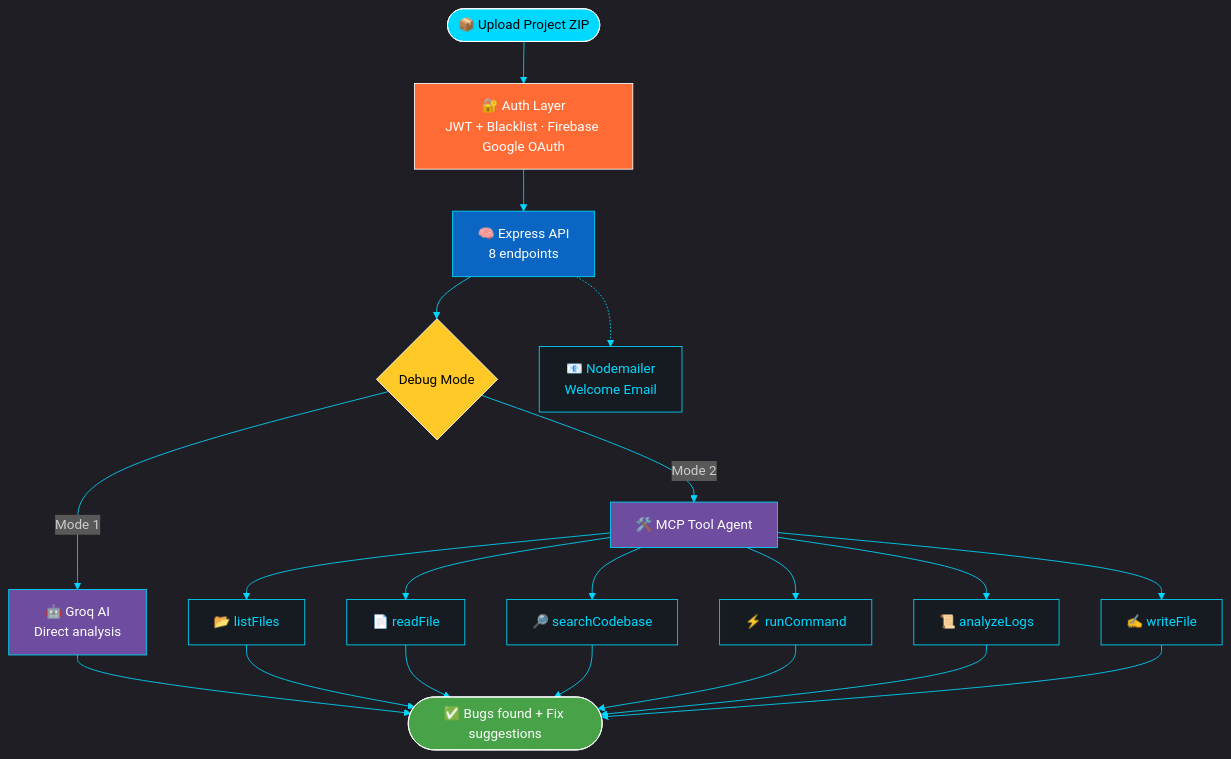
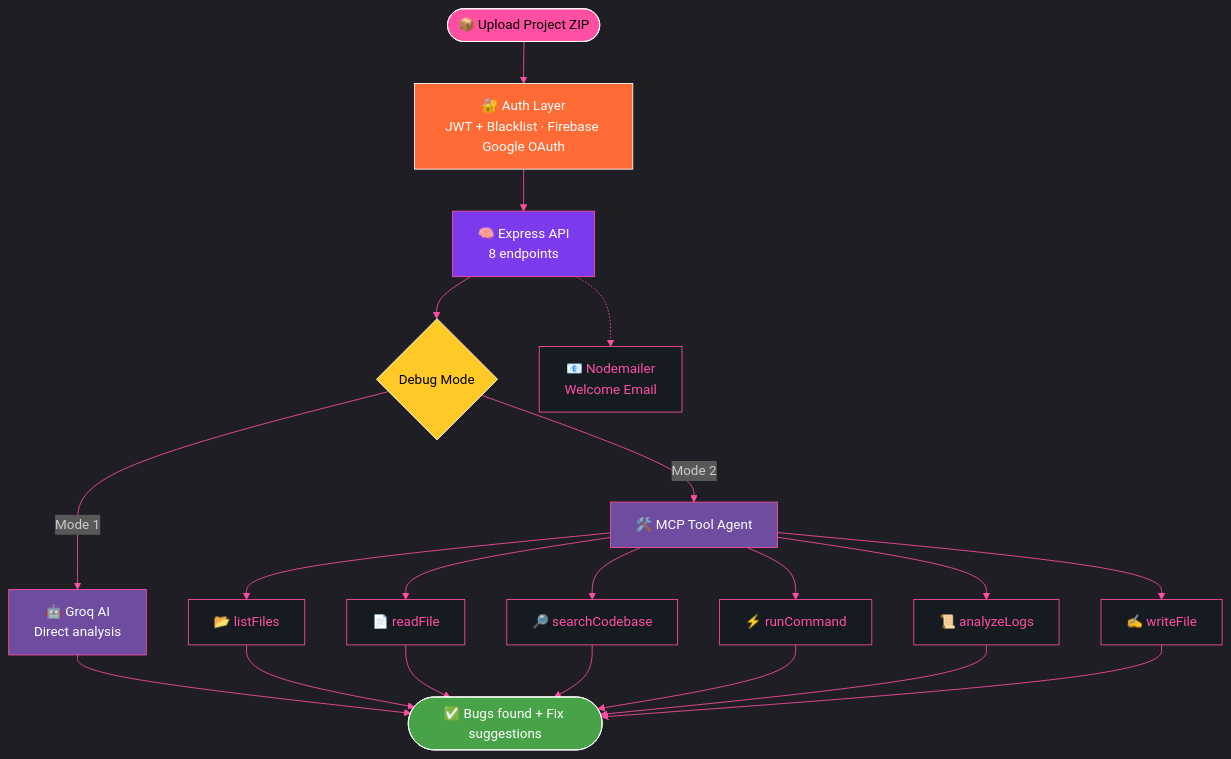
The second of 6 diagrams in README.md (Manvendra-2006/Manvendra-2006), drawn with Mermaid before and after one commit. The commit also changed other lines of this file, not shown here.

````diff
--- a/README.md
+++ b/README.md
@@ -191,26 +197,26 @@
 ```mermaid
-%%{init: {'theme':'dark','themeVariables':{'primaryColor':'#6E4C9F','primaryTextColor':'#fff','lineColor':'#00D9FF','fontFamily':'Fira Code'}}}%%
+%%{init: {'theme':'dark','themeVariables':{'primaryColor':'#6E4C9F','primaryTextColor':'#fff','lineColor':'#FF4FA3','fontFamily':'Fira Code'}}}%%
 flowchart TD
     A(["📦 Upload Project ZIP"]):::in --> B["🔐 Auth Layer<br/>JWT + Blacklist · Firebase Google OAuth"]:::auth
     B --> C["🧠 Express API<br/>8 endpoints"]:::core
     C --> D{"Debug Mode"}:::choice
     D -->|"Mode 1"| E["🤖 Groq AI<br/>Direct analysis"]:::ai
     D -->|"Mode 2"| F["🛠️ MCP Tool Agent"]:::ai
     F --> T1["📂 listFiles"]:::tool
     F --> T2["📄 readFile"]:::tool
     F --> T3["🔎 searchCodebase"]:::tool
     F --> T4["⚡ runCommand"]:::tool
     F --> T5["📜 analyzeLogs"]:::tool
     F --> T6["✍️ writeFile"]:::tool
     E --> R(["✅ Bugs found + Fix suggestions"]):::out
     T1 & T2 & T3 & T4 & T5 & T6 --> R
     C -.-> N["📧 Nodemailer<br/>Welcome Email"]:::tool
 
-    classDef in fill:#00D9FF,stroke:#fff,color:#000
+    classDef in fill:#FF4FA3,stroke:#fff,color:#000
     classDef auth fill:#FF6B35,stroke:#fff,color:#fff
-    classDef core fill:#0A66C2,stroke:#00D9FF,color:#fff
+    classDef core fill:#7C3AED,stroke:#FF4FA3,color:#fff
     classDef choice fill:#FFCA28,stroke:#fff,color:#000
-    classDef ai fill:#6E4C9F,stroke:#00D9FF,color:#fff
-    classDef tool fill:#161B22,stroke:#00D9FF,color:#00D9FF
+    classDef ai fill:#6E4C9F,stroke:#FF4FA3,color:#fff
+    classDef tool fill:#161B22,stroke:#FF4FA3,color:#FF4FA3
     classDef out fill:#47A248,stroke:#fff,color:#fff
 ```
````
